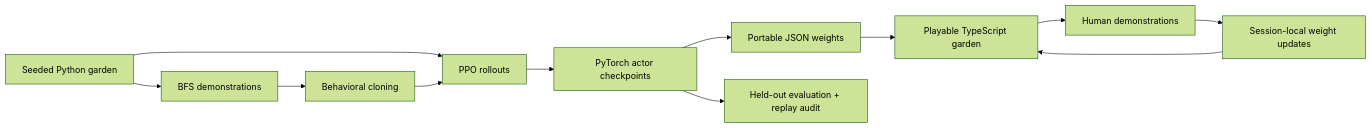
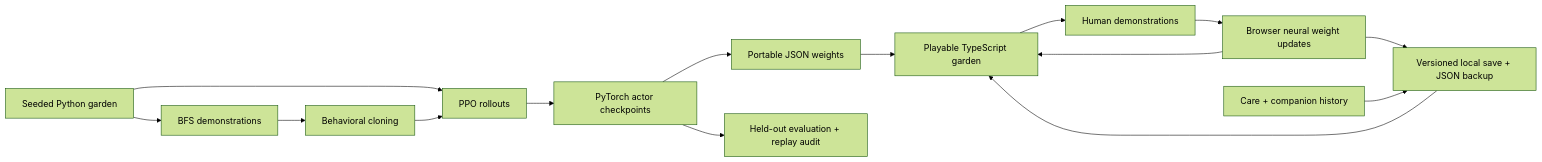
Before and after one commit to shunhe-wang/critterlab: the diagram in README.md, drawn with Mermaid (forest theme). The commit also changed other lines of this file and 9 other files, not shown here.

Commit message:
Raise a persistent companion with care, conversation and saved neural lessons

````diff
--- a/README.md
+++ b/README.md
@@ -124,14 +141,17 @@
 ```mermaid
 flowchart LR
   W[Seeded Python garden] --> D[BFS demonstrations]
   W --> R[PPO rollouts]
   D --> B[Behavioral cloning]
   B --> R
   R --> P[PyTorch actor checkpoints]
   P --> J[Portable JSON weights]
   J --> G[Playable TypeScript garden]
   G --> T[Human demonstrations]
-  T --> U[Session-local weight updates]
+  T --> U[Browser neural weight updates]
   U --> G
+  U --> S[Versioned local save + JSON backup]
+  C[Care + companion history] --> S
+  S --> G
   P --> E[Held-out evaluation + replay audit]
 ```
````
